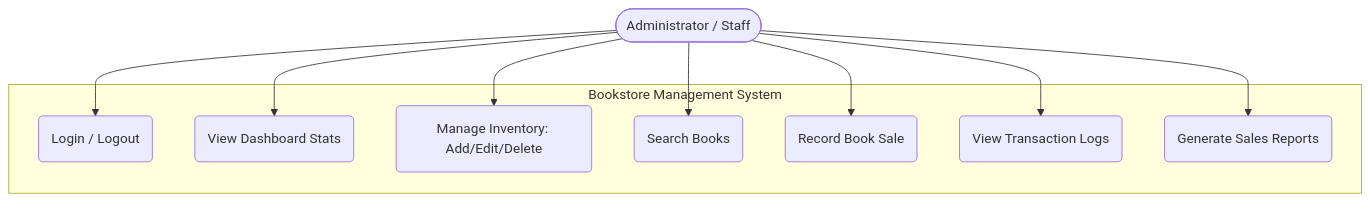
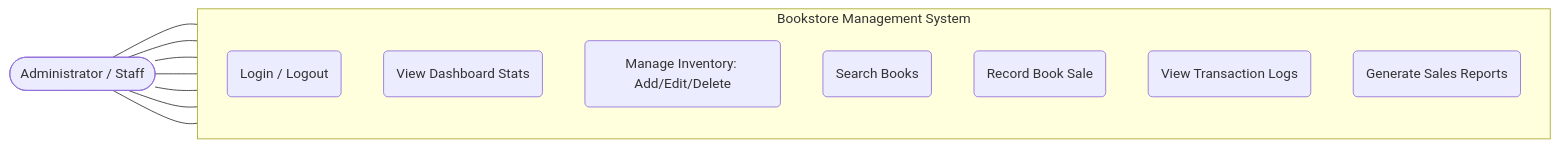
The second of 2 diagrams in DOCUMENTATION.md (brenda0428/onlinebookstore), drawn with Mermaid before and after one commit.

Commit message:
Adjusted Use Case diagram display to vertical stack

````diff
--- a/DOCUMENTATION.md
+++ b/DOCUMENTATION.md
@@ -66,22 +66,23 @@
 ```mermaid
-flowchart TD
+flowchart LR
     Admin([Administrator / Staff])
     
     subgraph SystemBoundary [Bookstore Management System]
+        direction TB
         UC1(Login / Logout)
         UC2(View Dashboard Stats)
         UC3(Manage Inventory: Add/Edit/Delete)
         UC4(Search Books)
         UC5(Record Book Sale)
         UC6(View Transaction Logs)
         UC7(Generate Sales Reports)
     end
 
-    Admin --> UC1
-    Admin --> UC2
-    Admin --> UC3
-    Admin --> UC4
-    Admin --> UC5
-    Admin --> UC6
-    Admin --> UC7
+    Admin --- UC1
+    Admin --- UC2
+    Admin --- UC3
+    Admin --- UC4
+    Admin --- UC5
+    Admin --- UC6
+    Admin --- UC7
 ```
````
